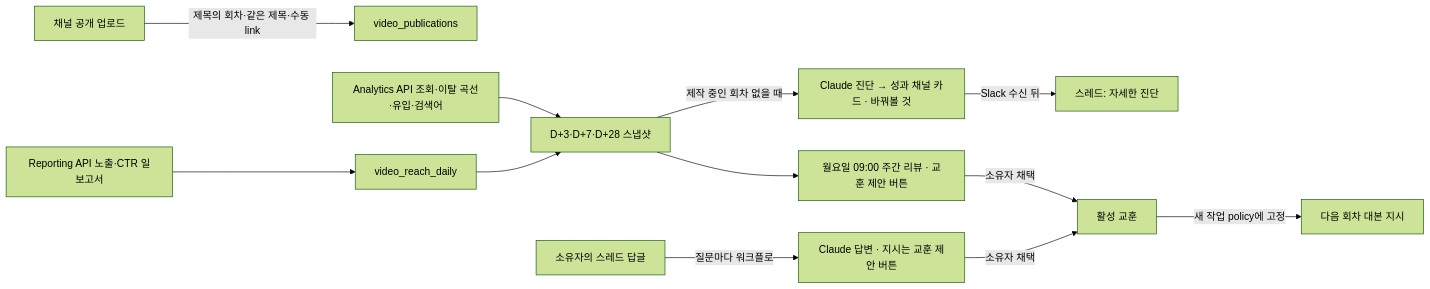
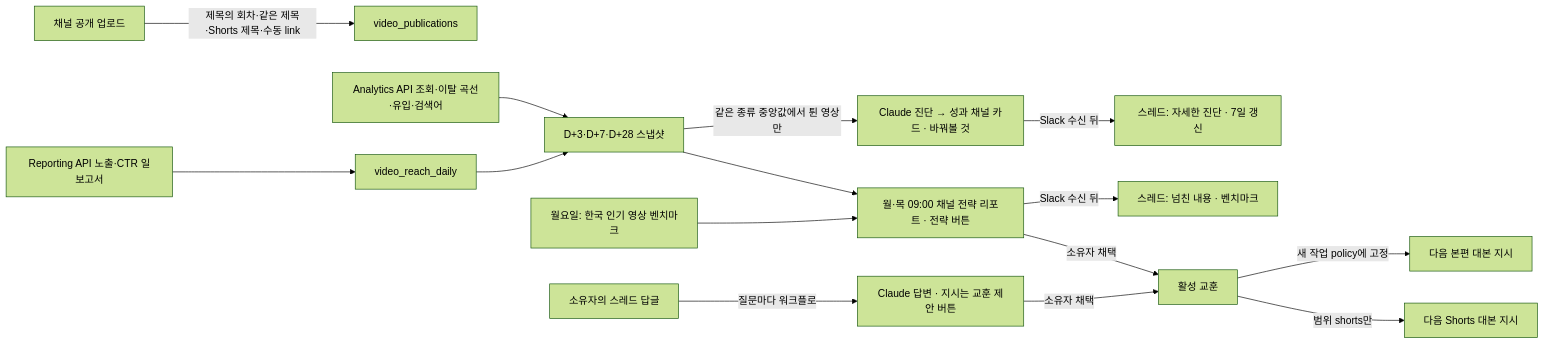
Before and after one commit to JJongAchii/quant-ai-company: the second of 2 diagrams in docs/daily-video.md, drawn with Mermaid (forest theme). The commit also changed other lines of this file and 4 other files, not shown here.

````diff
--- a/docs/daily-video.md
+++ b/docs/daily-video.md
@@ -467,14 +468,17 @@
 ```mermaid
 flowchart LR
-    U[채널 공개 업로드] -->|제목의 회차·같은 제목·수동 link| P[video_publications]
+    U[채널 공개 업로드] -->|제목의 회차·같은 제목·Shorts 제목·수동 link| P[video_publications]
     R[Reporting API 노출·CTR 일보고서] --> D[video_reach_daily]
     A[Analytics API 조회·이탈 곡선·유입·검색어] --> S[D+3·D+7·D+28 스냅샷]
     D --> S
-    S -->|제작 중인 회차 없을 때| C[Claude 진단 → 성과 채널 카드 · 바꿔볼 것]
-    C -->|Slack 수신 뒤| T[스레드: 자세한 진단]
-    S --> W[월요일 09:00 주간 리뷰 · 교훈 제안 버튼]
+    S -->|같은 종류 중앙값에서 튄 영상만| C[Claude 진단 → 성과 채널 카드 · 바꿔볼 것]
+    C -->|Slack 수신 뒤| T[스레드: 자세한 진단 · 7일 갱신]
+    S --> W[월·목 09:00 채널 전략 리포트 · 전략 버튼]
+    B[월요일: 한국 인기 영상 벤치마크] --> W
+    W -->|Slack 수신 뒤| WT[스레드: 넘친 내용 · 벤치마크]
     Q[소유자의 스레드 답글] -->|질문마다 워크플로| AN[Claude 답변 · 지시는 교훈 제안 버튼]
     W -->|소유자 채택| L[활성 교훈]
     AN -->|소유자 채택| L
-    L -->|새 작업 policy에 고정| V[다음 회차 대본 지시]
+    L -->|새 작업 policy에 고정| V[다음 본편 대본 지시]
+    L -->|범위 shorts만| SV[다음 Shorts 대본 지시]
 ```
````
